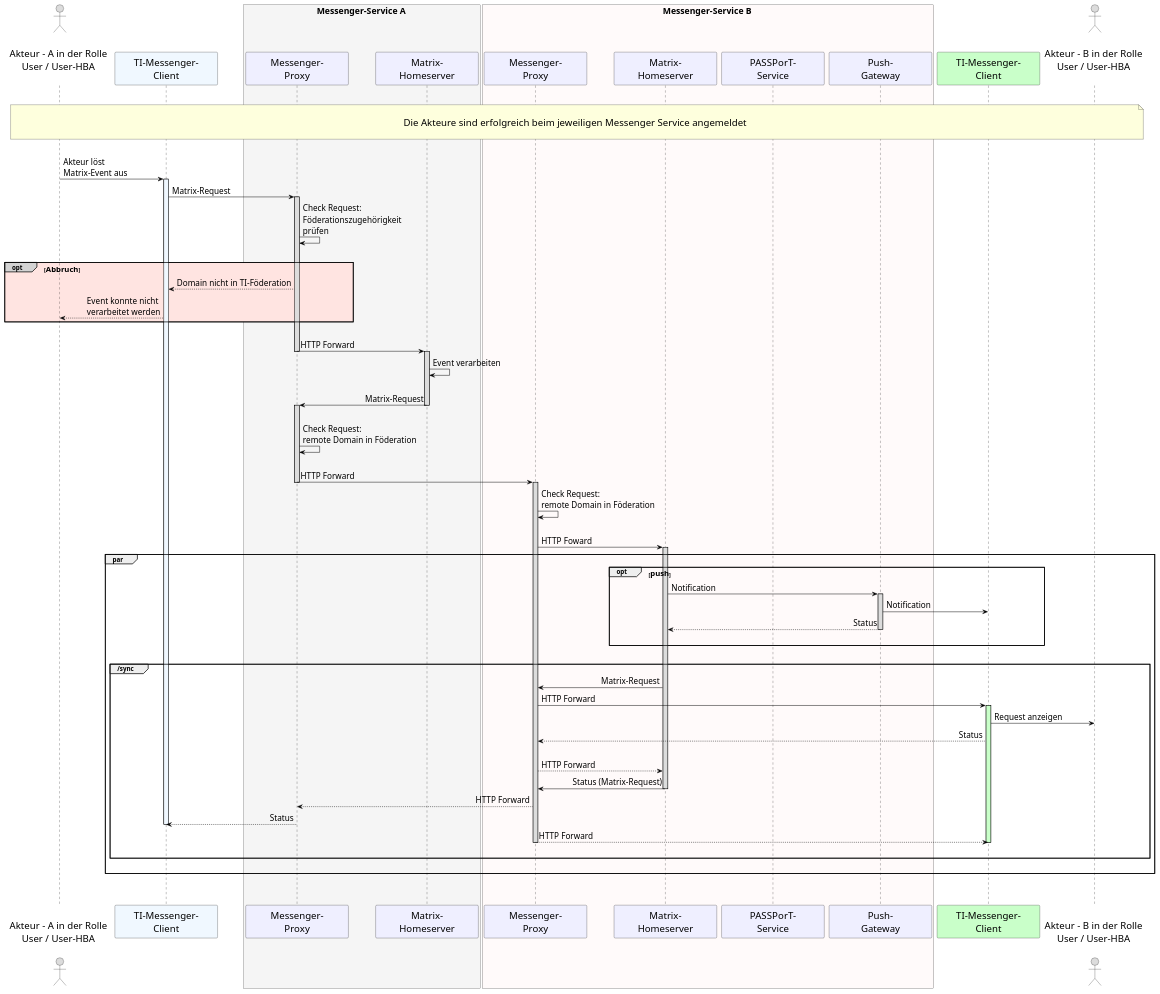
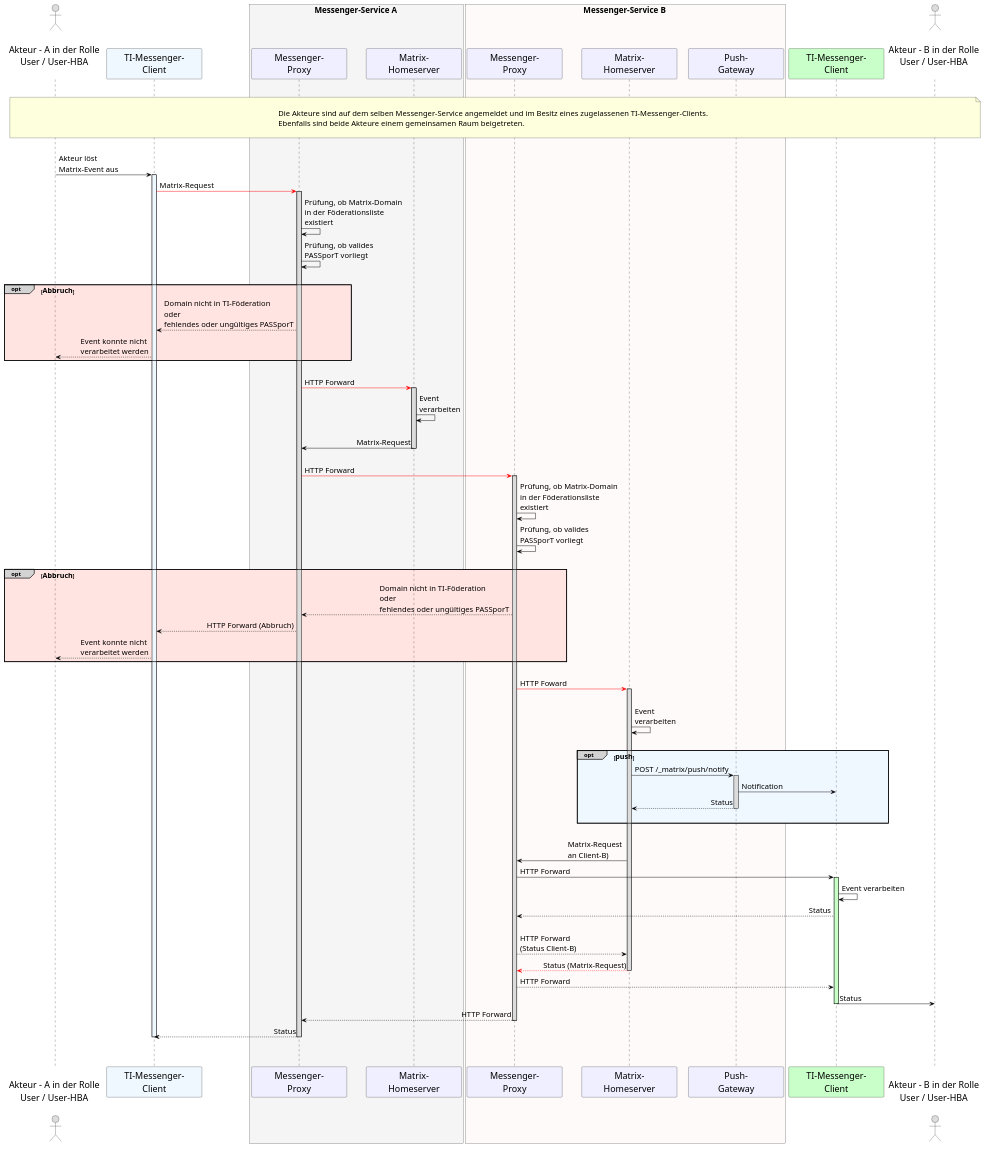
The diagram in src/plantuml/TI-Messenger-Dienst/Ressourcen/UC_10062_Seq.puml (gematik/api-ti-messenger), drawn with PlantUML before and after one commit.

```diff
--- a/src/plantuml/TI-Messenger-Dienst/Ressourcen/UC_10062_Seq.puml
+++ b/src/plantuml/TI-Messenger-Dienst/Ressourcen/UC_10062_Seq.puml
@@ -9,108 +9,116 @@
 @startuml
 skinparam sequenceMessageAlign direction
 skinparam minClassWidth 200
 skinparam BoxPadding 1
 skinparam sequenceReferenceHeaderBackgroundColor palegreen
-scale max 4096 width
+scale max 2048 width
 
 skinparam sequence {
 ArrowColor black
 ArrowFontSize 17
 ActorBorderColor black
 LifeLineBorderColor black
 LifeLineBackgroundColor Gainsboro
 
 ParticipantBorderColor Motivation
 ParticipantBackgroundColor Motivation
 ParticipantFontName Impact
 ParticipantFontSize 20
 ParticipantFontColor black
 ParticipantBorderColor Black
 ParticipantBackgroundColor MOTIVATION
 
 ActorBackgroundColor Gainsboro
 ActorFontColor black
 ActorFontSize 20
 ActorFontName Aapex
 }
     actor U1 as "\nAkteur - A in der Rolle\nUser / User-HBA\n"
     participant C1 as "TI-Messenger-\nClient" #AliceBlue
     box <size:18>Messenger-Service A</size> #WhiteSmoke
       participant MP1 as "Messenger-\nProxy"
       participant MH1 as "Matrix-\nHomeserver"
     end box
     box <size:18>Messenger-Service B</size> #Snow
     participant MP2 as "Messenger-\nProxy"
     participant MH2 as "Matrix-\nHomeserver"
-    participant PS2 as "PASSPorT-\nService"
     participant PG2 as "Push-\nGateway"
     end box
     participant C2 as "TI-Messenger-\nClient" #TECHNOLOGY
     actor U2 as "\nAkteur - B in der Rolle\nUser / User-HBA\n"
     
-    |||
-note over U1, U2: \n<size:20>Die Akteure sind erfolgreich beim jeweiligen Messenger Service angemeldet</size>\n    
+|||
+note over U1, U2: \n<size:17>Die Akteure sind auf dem selben Messenger-Service angemeldet und im Besitz eines zugelassenen TI-Messenger-Clients.</size>\n<size:17>Ebenfalls sind beide Akteure einem gemeinsamen Raum beigetreten.</size>\n
+|||
+
+  U1->C1: Akteur löst\nMatrix-Event aus
+    activate C1 #AliceBlue
+  C1-[#red]>MP1: Matrix-Request
+    activate MP1
+  MP1->MP1: Prüfung, ob Matrix-Domain \nin der Föderationsliste \nexistiert
+  MP1->MP1: Prüfung, ob valides \nPASSporT vorliegt
+  |||
     
-    |||
-    U1->C1: Akteur löst\nMatrix-Event aus
-      activate C1 #AliceBlue
-      C1->MP1: Matrix-Request
-      activate MP1
-    MP1->MP1: Check Request:\nFöderationszugehörigkeit\nprüfen
-      |||
-    opt#LightGrey #MistyRose <size:16>Abbruch</size>
-      MP1-->C1: Domain nicht in TI-Föderation
-      C1-->U1: Event konnte nicht \nverarbeitet werden
-    end
-      |||
-    MP1->MH1: HTTP Forward
-      deactivate MP1
-      activate MH1
-    MH1->MH1: Event verarbeiten
-      |||
-    MH1->MP1: Matrix-Request
-      deactivate MH1
-      activate MP1
-      |||
-    MP1->MP1: Check Request:\nremote Domain in Föderation
-      |||
-    MP1->MP2: HTTP Forward
-      deactivate MP1
-      activate MP2
-    MP2->MP2: Check Request:\nremote Domain in Föderation
-      |||
-    MP2->MH2: HTTP Foward
-      activate MH2
-    group par 
-    opt <size:16>push</size>
-    MH2->PG2: Notification
+  opt#LightGrey #MistyRose <size:16>Abbruch</size>
+    MP1-->C1: Domain nicht in TI-Föderation \noder \nfehlendes oder ungültiges PASSporT
+    C1-->U1: Event konnte nicht \nverarbeitet werden
+  end
+    
+  |||
+  MP1-[#red]>MH1: HTTP Forward
+    activate MH1
+  MH1->MH1: Event \nverarbeiten
+  |||
+  MH1->MP1: Matrix-Request
+    deactivate MH1
+  |||
+  MP1-[#red]>MP2: HTTP Forward
+    activate MP2
+  MP2->MP2: Prüfung, ob Matrix-Domain \nin der Föderationsliste \nexistiert
+  MP2->MP2: Prüfung, ob valides \nPASSporT vorliegt
+  |||
+      
+  opt#LightGrey #MistyRose <size:16>Abbruch</size>
+    MP2-->MP1: Domain nicht in TI-Föderation \noder \nfehlendes oder ungültiges PASSporT
+    MP1-->C1: HTTP Forward (Abbruch)
+    C1-->U1: Event konnte nicht \nverarbeitet werden
+  end
+    
+  |||
+  MP2-[#red]>MH2: HTTP Foward
+  |||
+    activate MH2
+  MH2->MH2: Event \nverarbeiten
+  |||
+ 
+  opt#LightGrey #AliceBlue <size:16>push</size>
+    MH2->PG2: POST /_matrix/push/notify
       activate PG2
     PG2->C2: Notification
     PG2-->MH2: Status
       deactivate PG2
-    |||
-    end
-      |||
-      group /sync
-        MH2->MP2: Matrix-Request
-        MP2->C2: HTTP Forward
-          activate C2 #TECHNOLOGY
-        C2->U2: Request anzeigen
-        C2-->MP2: Status
-          |||
-        MP2-->MH2: HTTP Forward
-        MH2->MP2: Status (Matrix-Request)
-          deactivate MH2
-        MP2-->MP1: HTTP Forward
-        MP1-->C1: Status
-          deactivate C1
-        MP2-->C2: HTTP Forward
-          deactivate C2
-          deactivate MP2
-          |||
-      end
-|||
-    end
+  |||
+  end
+  |||
+
+  MH2->MP2: Matrix-Request \nan Client-B)
+  MP2->C2: HTTP Forward 
+    activate C2 #TECHNOLOGY
+  C2->C2: Event verarbeiten
+
+  C2-->MP2: Status
+  |||
+  MP2-->MH2: HTTP Forward \n(Status Client-B)
+  MH2--[#red]>MP2: Status (Matrix-Request)
+    deactivate MH2
+  MP2-->C2: HTTP Forward
+  C2->U2: Status
+    deactivate C2
+  MP2-->MP1: HTTP Forward
+    deactivate MP2
+  MP1-->C1: Status
+    deactivate MP1
+    deactivate C1
   |||
 |||
 @enduml
```
